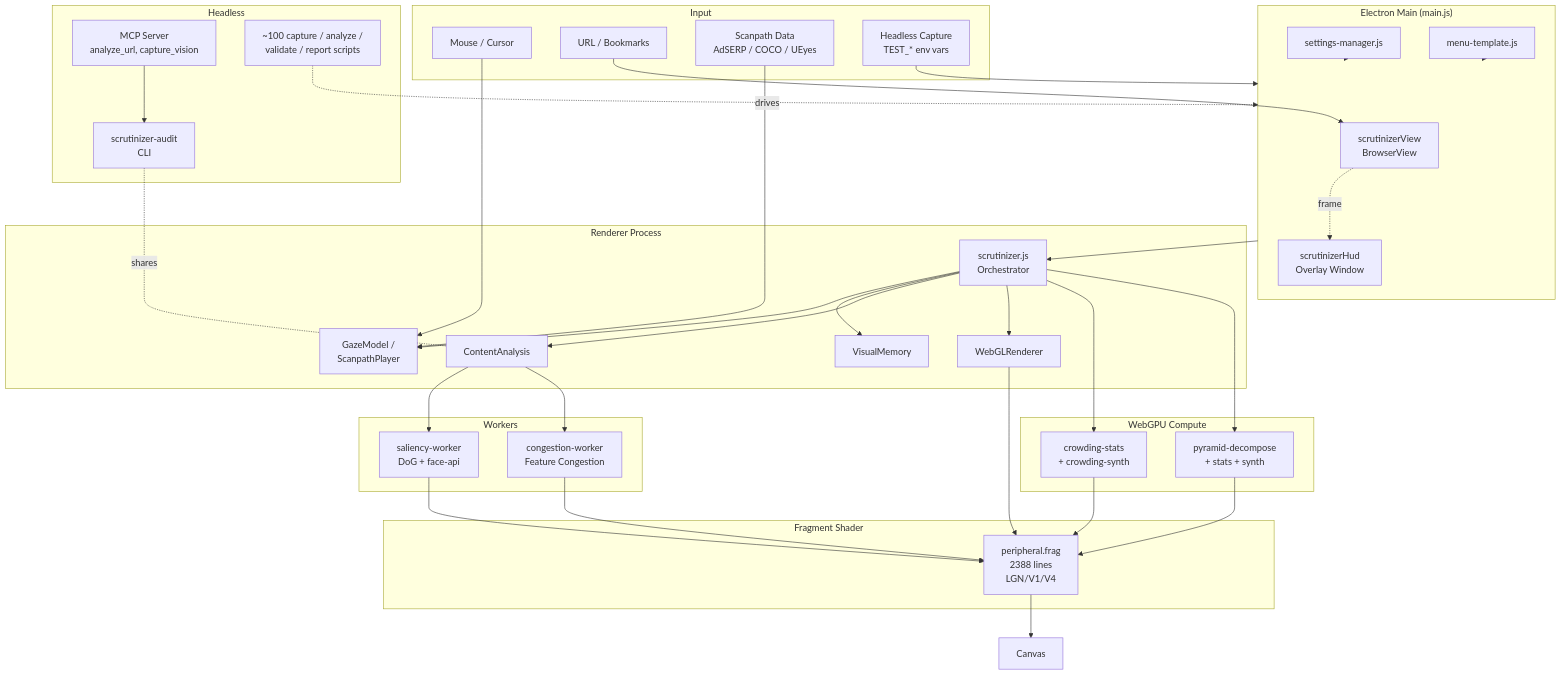
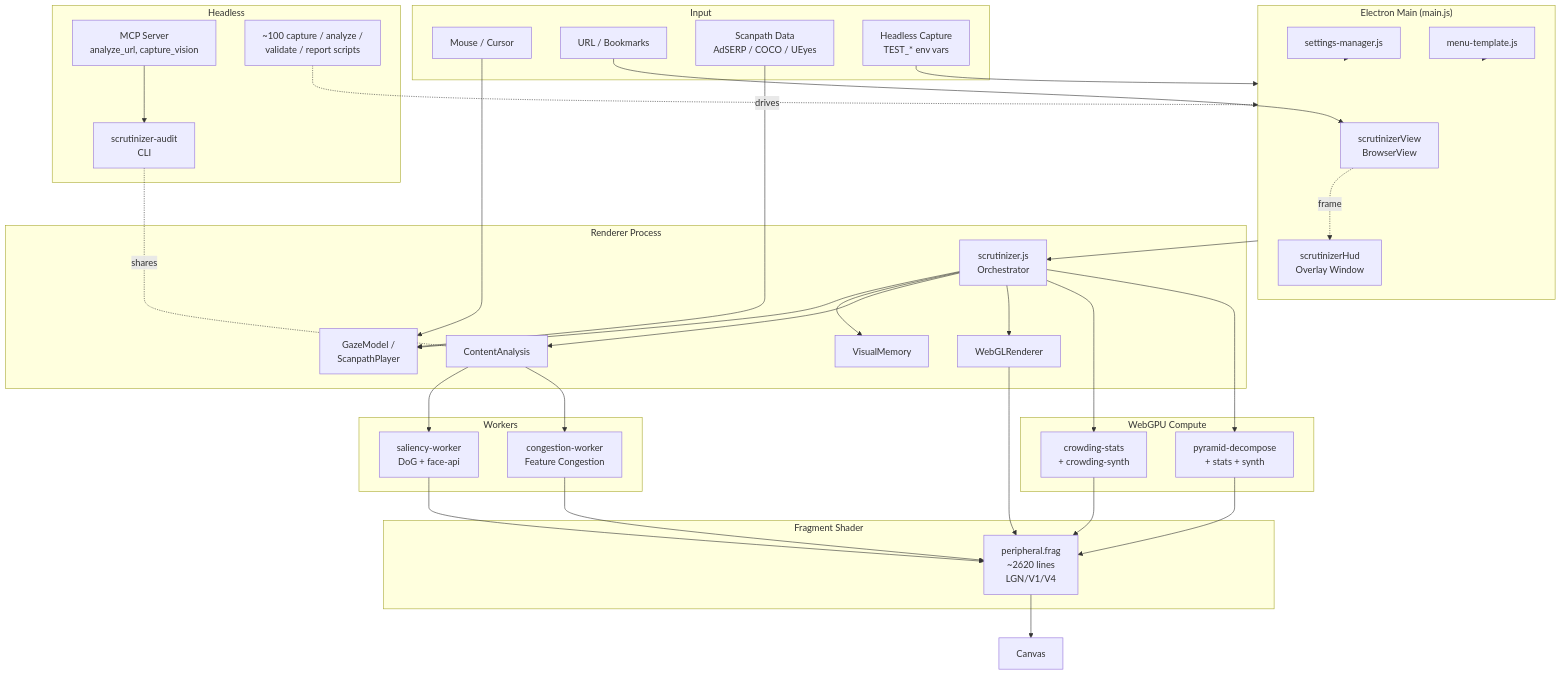
One commit to andyed/scrutinizer2025 changed the first of 3 diagrams in docs/CODEBASE_MAP.md. Above: the diagram before and after it, drawn with Mermaid. The commit also changed other lines of this file and 123 other files, not shown here.

````diff
--- a/docs/CODEBASE_MAP.md
+++ b/docs/CODEBASE_MAP.md
@@ -20,76 +20,76 @@
 ```mermaid
 graph TB
   subgraph Input
     Mouse[Mouse / Cursor]
     URL[URL / Bookmarks]
     Scanpath[Scanpath Data<br/>AdSERP / COCO / UEyes]
     Capture[Headless Capture<br/>TEST_* env vars]
   end
 
   subgraph Main["Electron Main (main.js)"]
     Win[scrutinizerView<br/>BrowserView]
     HUD[scrutinizerHud<br/>Overlay Window]
     Settings[settings-manager.js]
     Menu[menu-template.js]
   end
 
   subgraph Renderer["Renderer Process"]
     Scrut[scrutinizer.js<br/>Orchestrator]
     Gaze[GazeModel /<br/>ScanpathPlayer]
     Memory[VisualMemory]
     Content[ContentAnalysis]
     WebGL[WebGLRenderer]
   end
 
   subgraph Workers
     Sal[saliency-worker<br/>DoG + face-api]
     Cong[congestion-worker<br/>Feature Congestion]
   end
 
   subgraph Compute["WebGPU Compute"]
     Crowd[crowding-stats<br/>+ crowding-synth]
     Pyr[pyramid-decompose<br/>+ stats + synth]
   end
 
   subgraph Shader["Fragment Shader"]
-    Periph[peripheral.frag<br/>2388 lines<br/>LGN/V1/V4]
+    Periph[peripheral.frag<br/>~2620 lines<br/>LGN/V1/V4]
   end
 
   subgraph Headless
     CLI[scrutinizer-audit<br/>CLI]
     MCP[MCP Server<br/>analyze_url, capture_vision]
     Scripts[~100 capture / analyze /<br/>validate / report scripts]
   end
 
   Mouse --> Gaze
   Scanpath --> Gaze
   URL --> Win
   Capture --> Main
 
   Win -.frame.-> HUD
   Main --> Scrut
   Settings --> Main
   Menu --> Main
 
   Scrut --> Gaze
   Scrut --> Memory
   Scrut --> Content
   Scrut --> WebGL
 
   Content --> Sal
   Content --> Cong
   Sal --> Periph
   Cong --> Periph
 
   Scrut --> Crowd
   Scrut --> Pyr
   Crowd --> Periph
   Pyr --> Periph
 
   WebGL --> Periph
   Periph --> Canvas[Canvas]
 
   CLI -.shares.- Content
   MCP --> CLI
   Scripts -.drives.-> Main
 ```
````
